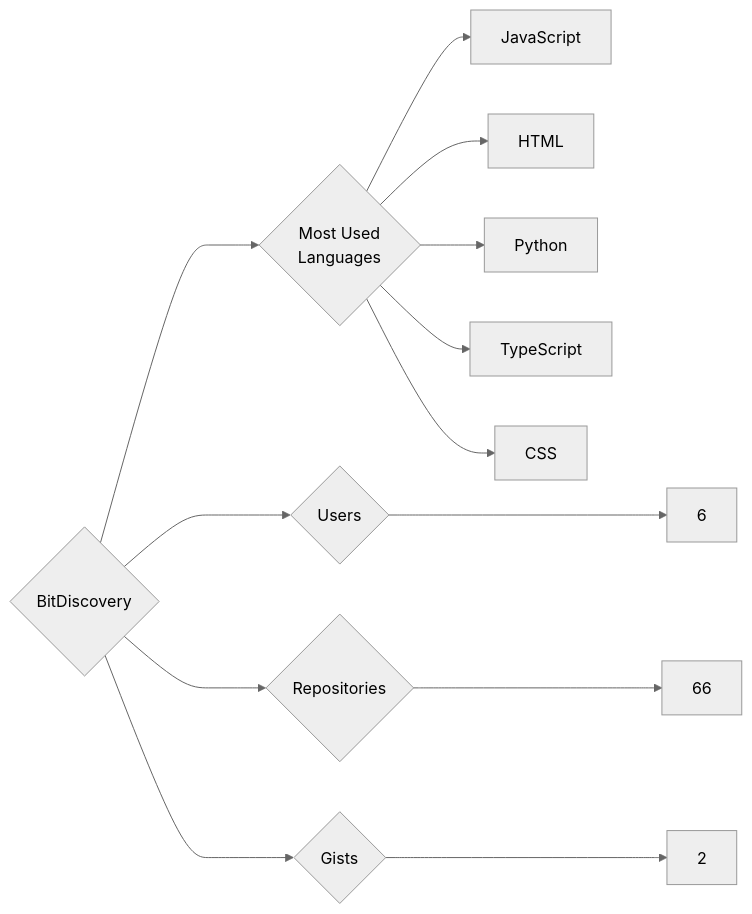
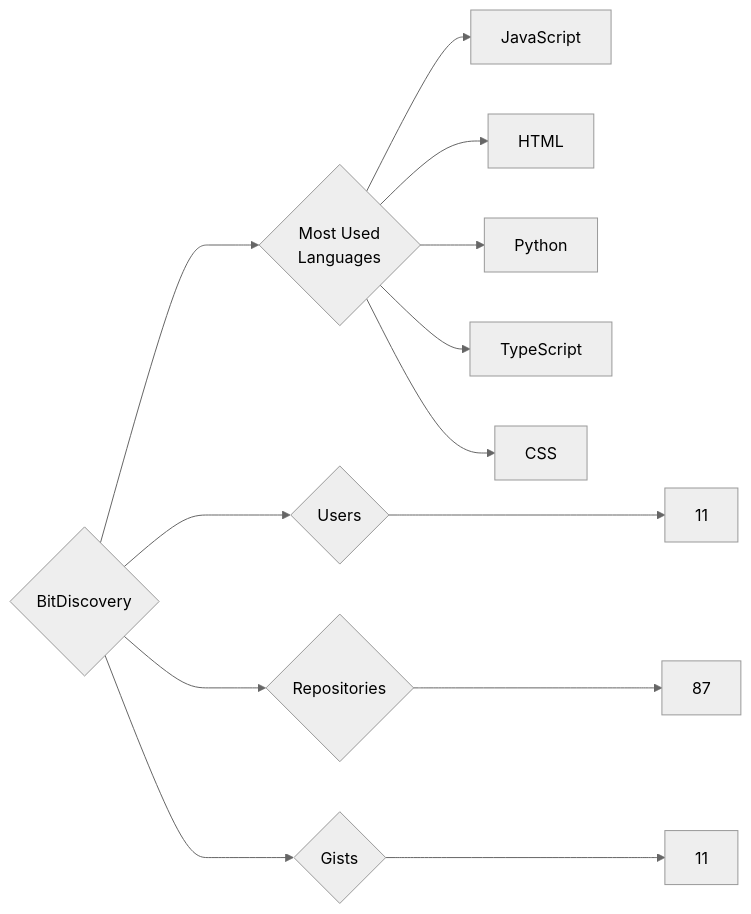
One commit to trickest/insiders changed the diagram in targets/BitDiscovery/README.md. Above: the diagram before and after it, drawn with Mermaid (neutral theme). The commit also changed 1084 other files, not shown here.

````diff
--- a/targets/BitDiscovery/README.md
+++ b/targets/BitDiscovery/README.md
@@ -3,13 +3,13 @@
 ```mermaid
 graph LR
 COMPANY_NAME{BitDiscovery}
-COMPANY_NAME ---> U{Users} ---> UN[6]
-COMPANY_NAME ---> R{Repositories} ---> RN[66]
-COMPANY_NAME ---> G{Gists} ---> GN[2]
+COMPANY_NAME ---> U{Users} ---> UN[11]
+COMPANY_NAME ---> R{Repositories} ---> RN[87]
+COMPANY_NAME ---> G{Gists} ---> GN[11]
 COMPANY_NAME ---> ML{Most Used<br>Languages}
 ML --> JavaScript[JavaScript]
 ML --> HTML[HTML]
 ML --> Python[Python]
 ML --> TypeScript[TypeScript]
 ML --> CSS[CSS]
 ```
````
